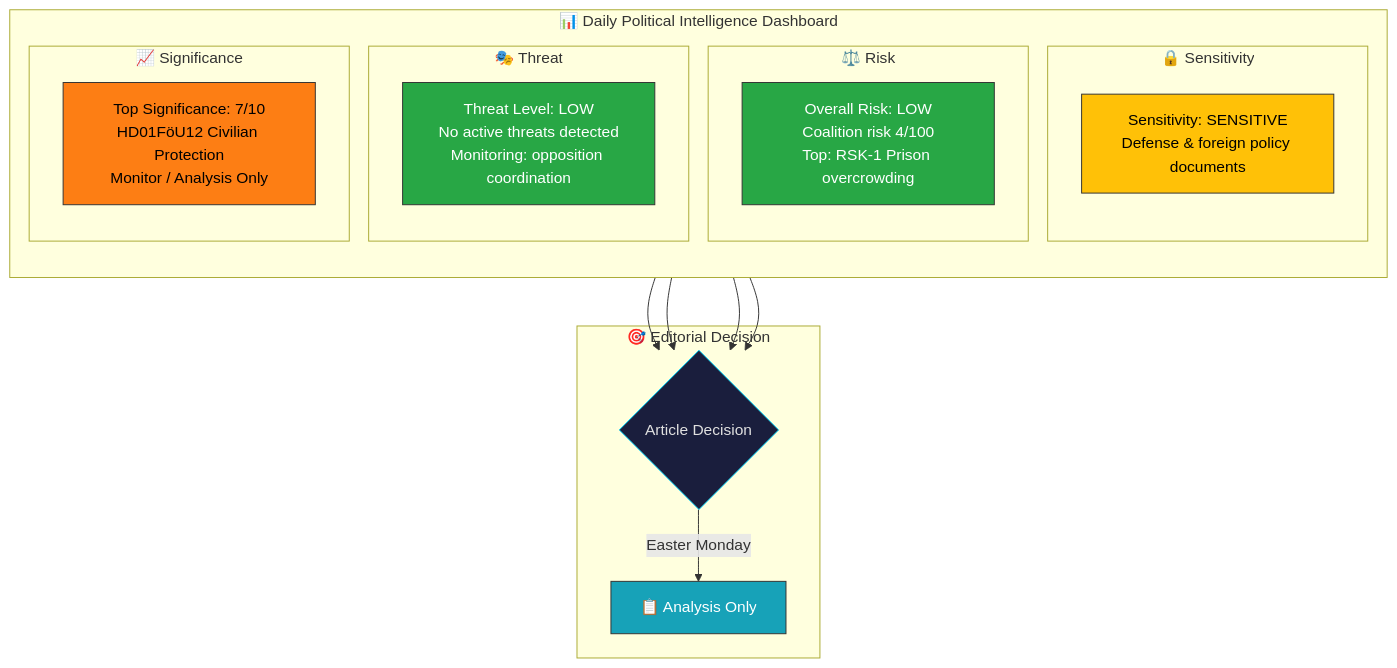
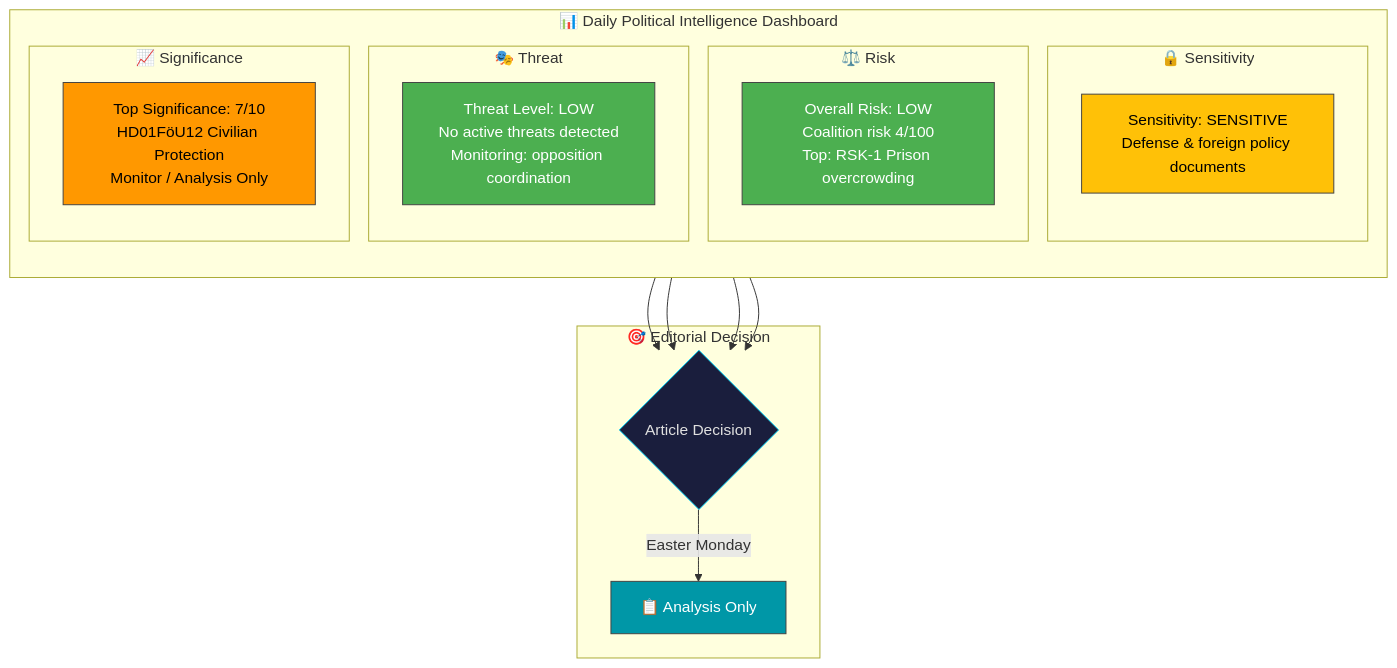
The diagram in analysis/daily/2026-04-06/realtime-1420/synthesis-summary.md (Hack23/riksdagsmonitor), drawn with Mermaid before and after one commit. The commit also changed 785 other files, not shown here.

First line of the commit message:
Normalize mermaid colors across 786 analysis artifacts to ISMS Style Guide palette

````diff
--- a/analysis/daily/2026-04-06/realtime-1420/synthesis-summary.md
+++ b/analysis/daily/2026-04-06/realtime-1420/synthesis-summary.md
@@ -24,35 +24,35 @@
 ```mermaid
 graph TD
     subgraph "📊 Daily Political Intelligence Dashboard"
         direction TB
         subgraph "🔒 Sensitivity"
             CLS["Sensitivity: SENSITIVE<br/>Defense & foreign policy documents"]
         end
         subgraph "⚖️ Risk"
             RSK["Overall Risk: LOW<br/>Coalition risk 4/100<br/>Top: RSK-1 Prison overcrowding"]
         end
         subgraph "🎭 Threat"
             THR["Threat Level: LOW<br/>No active threats detected<br/>Monitoring: opposition coordination"]
         end
         subgraph "📈 Significance"
             SIG["Top Significance: 7/10<br/>HD01FöU12 Civilian Protection<br/>Monitor / Analysis Only"]
         end
     end
 
     subgraph "🎯 Editorial Decision"
         DEC{Article Decision}
         DEC -->|"Easter Monday"| MON["📋 Analysis Only"]
     end
 
     CLS --> DEC
     RSK --> DEC
     THR --> DEC
     SIG --> DEC
 
-    style CLS fill:#ffc107,stroke:#333,color:#000
-    style RSK fill:#28a745,stroke:#333,color:#fff
-    style THR fill:#28a745,stroke:#333,color:#fff
-    style SIG fill:#fd7e14,stroke:#333,color:#000
+    style CLS fill:#FFC107,stroke:#424242,color:#000000
+    style RSK fill:#4CAF50,stroke:#424242,color:#FFFFFF
+    style THR fill:#4CAF50,stroke:#424242,color:#FFFFFF
+    style SIG fill:#FF9800,stroke:#424242,color:#000000
     style DEC fill:#1a1e3d,stroke:#00d9ff,color:#e0e0e0
-    style MON fill:#17a2b8,stroke:#333,color:#fff
+    style MON fill:#0097A7,stroke:#424242,color:#FFFFFF
 ```
````
